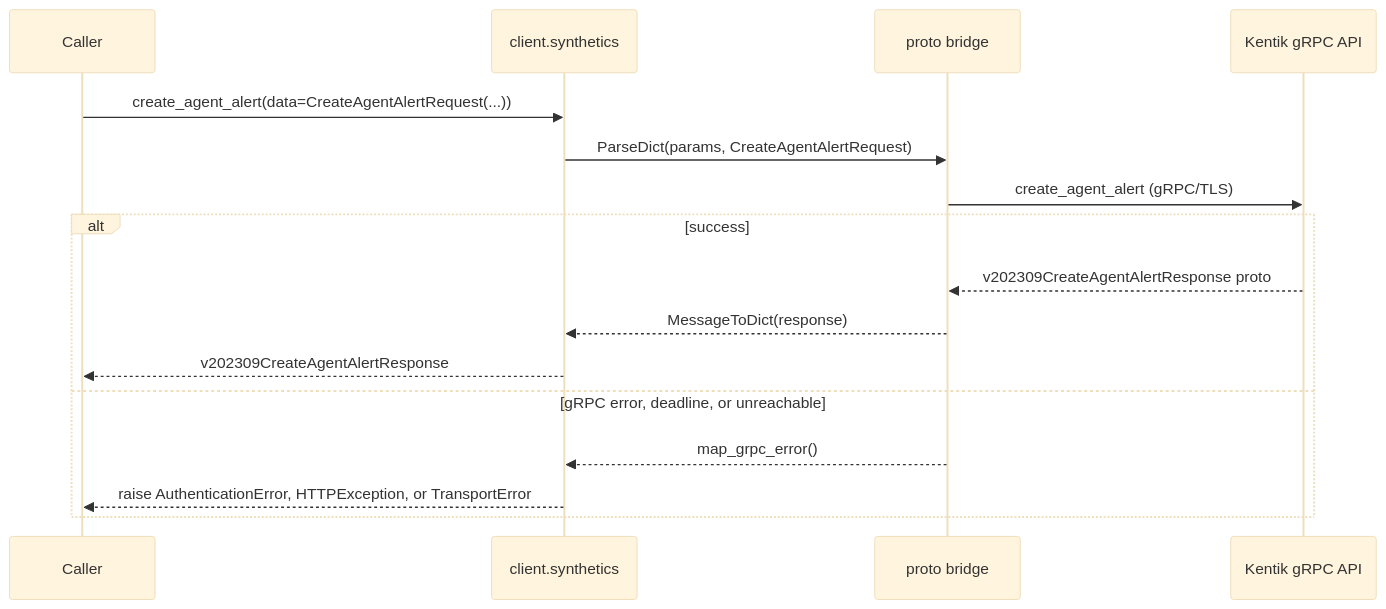
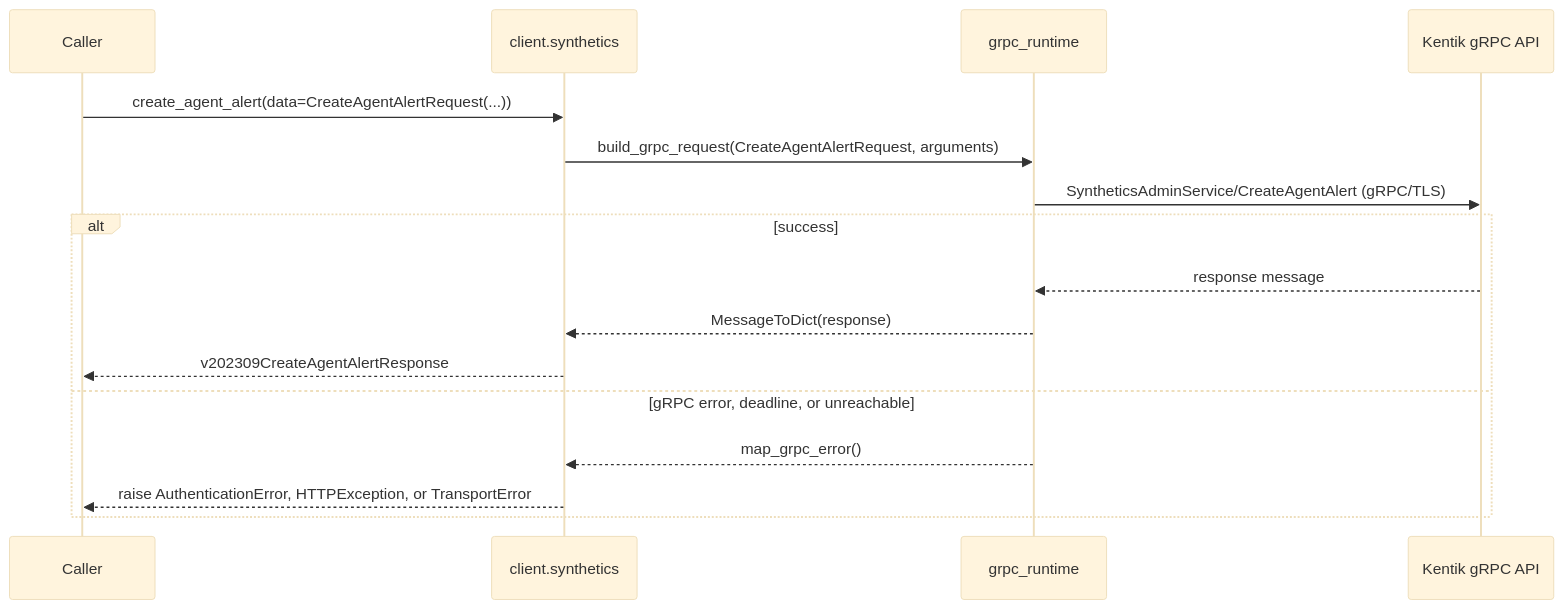
One commit to alexdearaujo/community_sdk_python changed the fifth of 38 diagrams in docs/sphinx/services/synthetics.md. Above: the diagram before and after it, drawn with Mermaid (base theme). The commit also changed other lines of this file and 37 other files, not shown here.

First line of the commit message:
docs: show the real RPC in each service page's gRPC diagram

````diff
--- a/docs/sphinx/services/synthetics.md
+++ b/docs/sphinx/services/synthetics.md
@@ -135,19 +135,19 @@
 ```mermaid
 sequenceDiagram
     participant C as Caller
     participant W as client.synthetics
-    participant B as proto bridge
+    participant R as grpc_runtime
     participant API as Kentik gRPC API
 
     C->>W: create_agent_alert(data=CreateAgentAlertRequest(...))
-    W->>B: ParseDict(params, CreateAgentAlertRequest)
-    B->>API: create_agent_alert (gRPC/TLS)
+    W->>R: build_grpc_request(CreateAgentAlertRequest, arguments)
+    R->>API: SyntheticsAdminService/CreateAgentAlert (gRPC/TLS)
     alt success
-        API-->>B: v202309CreateAgentAlertResponse proto
-        B-->>W: MessageToDict(response)
+        API-->>R: response message
+        R-->>W: MessageToDict(response)
         W-->>C: v202309CreateAgentAlertResponse
     else gRPC error, deadline, or unreachable
-        B-->>W: map_grpc_error()
+        R-->>W: map_grpc_error()
         W-->>C: raise AuthenticationError, HTTPException, or TransportError
     end
 ```
````
